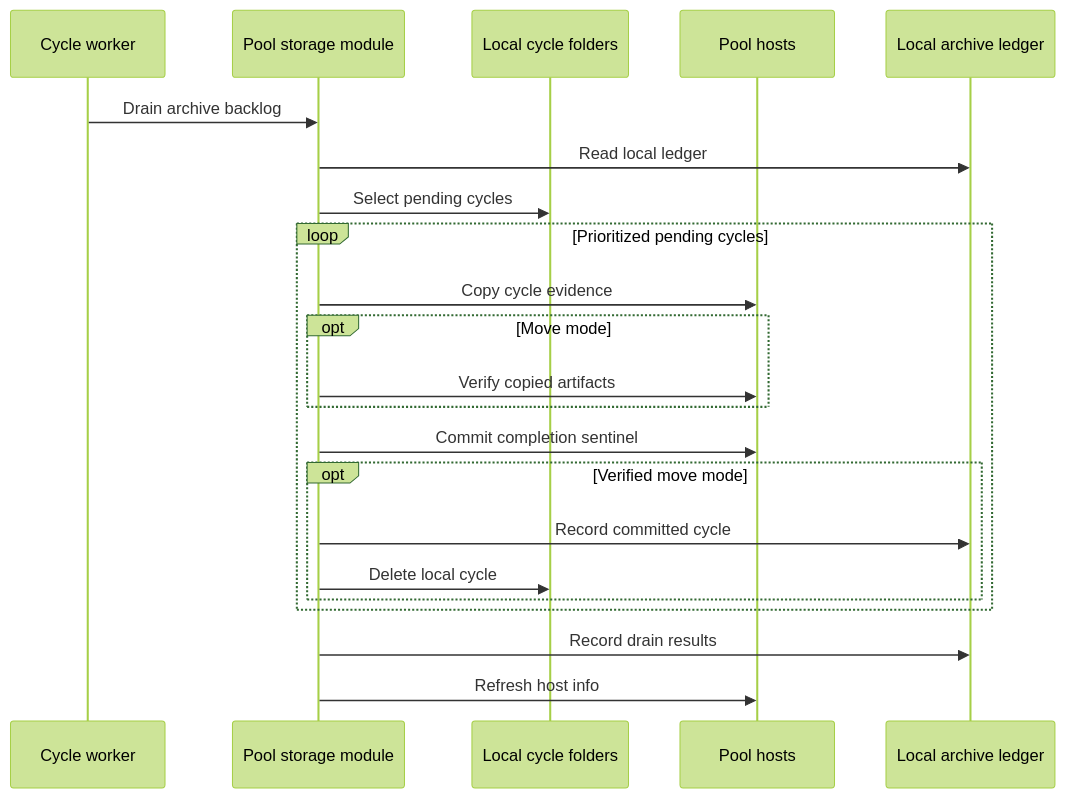
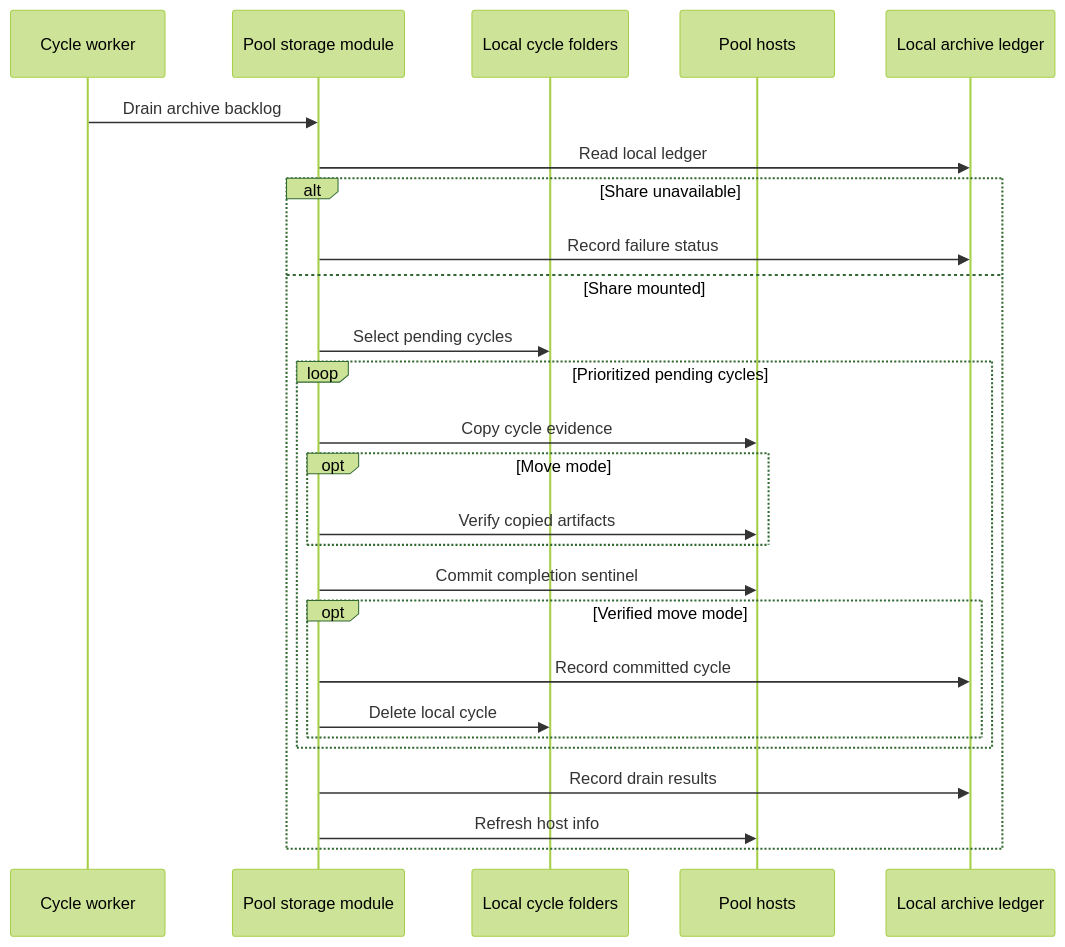
Before and after one commit to alissonsol/yuruna: the seventh of 10 diagrams in docs/design/03-data-flows.md, drawn with Mermaid (forest theme). The commit also changed other lines of this file and 1409 other files, not shown here.

````diff
--- a/docs/design/03-data-flows.md
+++ b/docs/design/03-data-flows.md
@@ -183,24 +228,28 @@
 ```mermaid
 sequenceDiagram
     participant test-runner-outer-loop-psm1 as Cycle worker
     participant test-pool-storage-psm1 as Pool storage module
     participant test-cycles as Local cycle folders
     participant hosts as Pool hosts
     participant poolstorage-state-json as Local archive ledger
     test-runner-outer-loop-psm1->>test-pool-storage-psm1: Drain archive backlog
     test-pool-storage-psm1->>poolstorage-state-json: Read local ledger
-    test-pool-storage-psm1->>test-cycles: Select pending cycles
-    loop Prioritized pending cycles
-        test-pool-storage-psm1->>hosts: Copy cycle evidence
-        opt Move mode
-            test-pool-storage-psm1->>hosts: Verify copied artifacts
+    alt Share unavailable
+        test-pool-storage-psm1->>poolstorage-state-json: Record failure status
+    else Share mounted
+        test-pool-storage-psm1->>test-cycles: Select pending cycles
+        loop Prioritized pending cycles
+            test-pool-storage-psm1->>hosts: Copy cycle evidence
+            opt Move mode
+                test-pool-storage-psm1->>hosts: Verify copied artifacts
+            end
+            test-pool-storage-psm1->>hosts: Commit completion sentinel
+            opt Verified move mode
+                test-pool-storage-psm1->>poolstorage-state-json: Record committed cycle
+                test-pool-storage-psm1->>test-cycles: Delete local cycle
+            end
         end
-        test-pool-storage-psm1->>hosts: Commit completion sentinel
-        opt Verified move mode
-            test-pool-storage-psm1->>poolstorage-state-json: Record committed cycle
-            test-pool-storage-psm1->>test-cycles: Delete local cycle
-        end
+        test-pool-storage-psm1->>poolstorage-state-json: Record drain results
+        test-pool-storage-psm1->>hosts: Refresh host info
     end
-    test-pool-storage-psm1->>poolstorage-state-json: Record drain results
-    test-pool-storage-psm1->>hosts: Refresh host info
 ```
````
